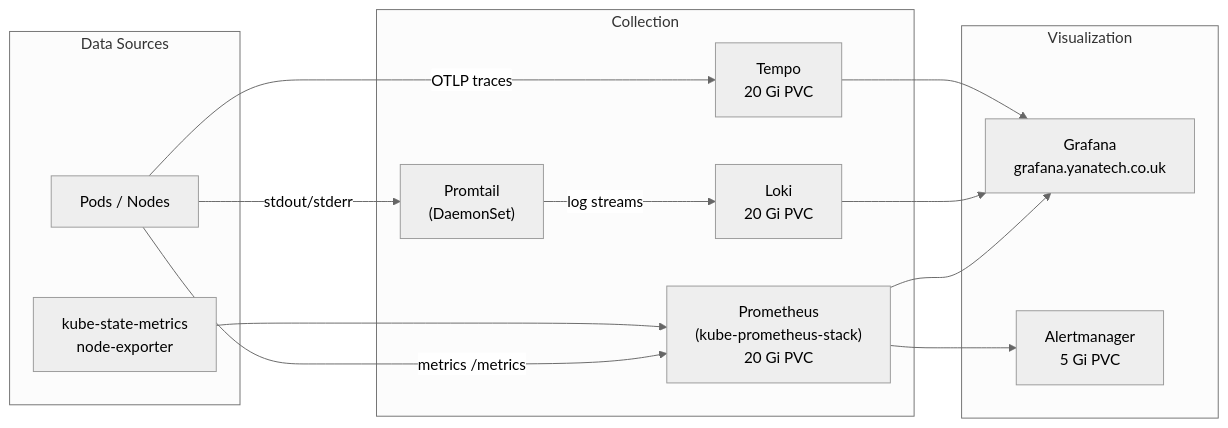
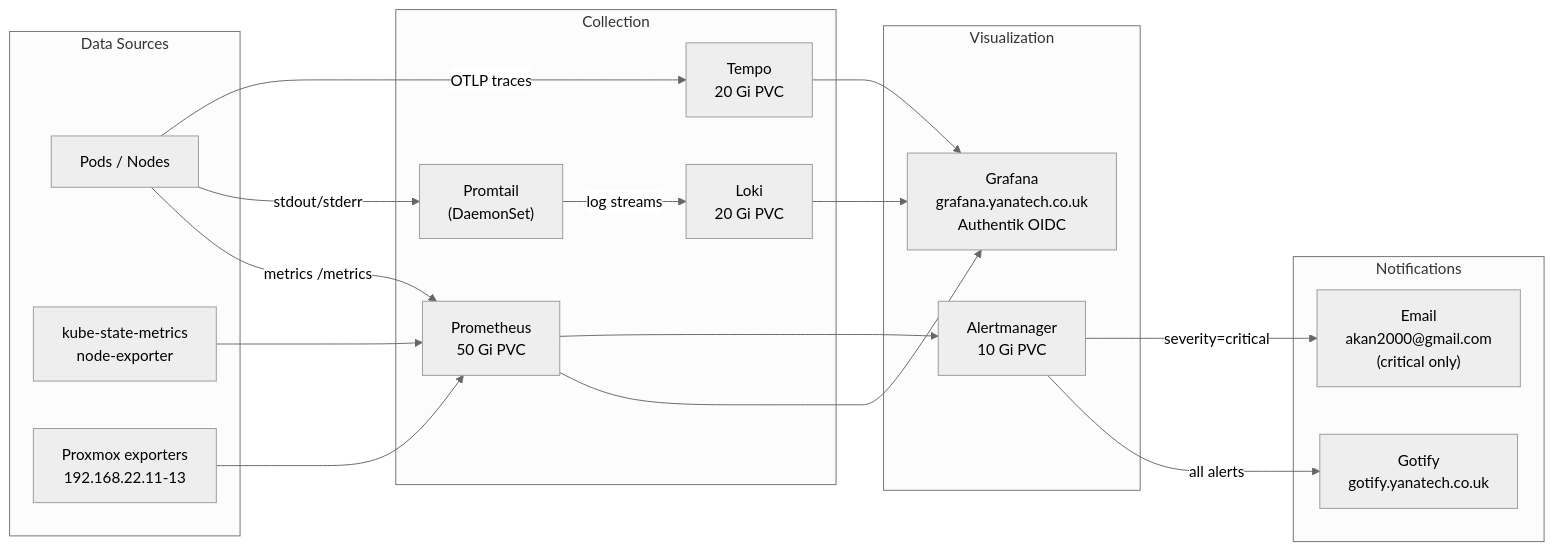
Before and after one commit to akann/k8s-apps: diagram 13 of 13 in README.md, drawn with Mermaid (neutral theme). The commit also changed other lines of this file and 2 other files, not shown here.

````diff
--- a/README.md
+++ b/README.md
@@ -786,29 +804,38 @@
 ```mermaid
 graph LR
     subgraph Sources["Data Sources"]
         Pods["Pods / Nodes"]
         K8s["kube-state-metrics\nnode-exporter"]
+        PVE["Proxmox exporters\n192.168.22.11-13"]
     end
 
     subgraph Collection["Collection"]
-        Prom["Prometheus\n(kube-prometheus-stack)\n20 Gi PVC"]
+        Prom["Prometheus\n50 Gi PVC"]
         Loki["Loki\n20 Gi PVC"]
         Tempo["Tempo\n20 Gi PVC"]
         Promtail["Promtail\n(DaemonSet)"]
     end
 
     subgraph Visualization["Visualization"]
-        Grafana["Grafana\ngrafana.yanatech.co.uk"]
-        Alert["Alertmanager\n5 Gi PVC"]
+        Grafana["Grafana\ngrafana.yanatech.co.uk\nAuthentik OIDC"]
+        Alert["Alertmanager\n10 Gi PVC"]
+    end
+
+    subgraph Notifications["Notifications"]
+        Gotify["Gotify\ngotify.yanatech.co.uk"]
+        Email["Email\nakan2000@gmail.com\n(critical only)"]
     end
 
     Pods -->|"metrics /metrics"| Prom
     K8s --> Prom
+    PVE --> Prom
     Pods -->|"stdout/stderr"| Promtail
     Promtail -->|"log streams"| Loki
     Pods -->|"OTLP traces"| Tempo
     Prom --> Grafana
     Loki --> Grafana
     Tempo --> Grafana
     Prom --> Alert
+    Alert -->|"all alerts"| Gotify
+    Alert -->|"severity=critical"| Email
 ```
````
